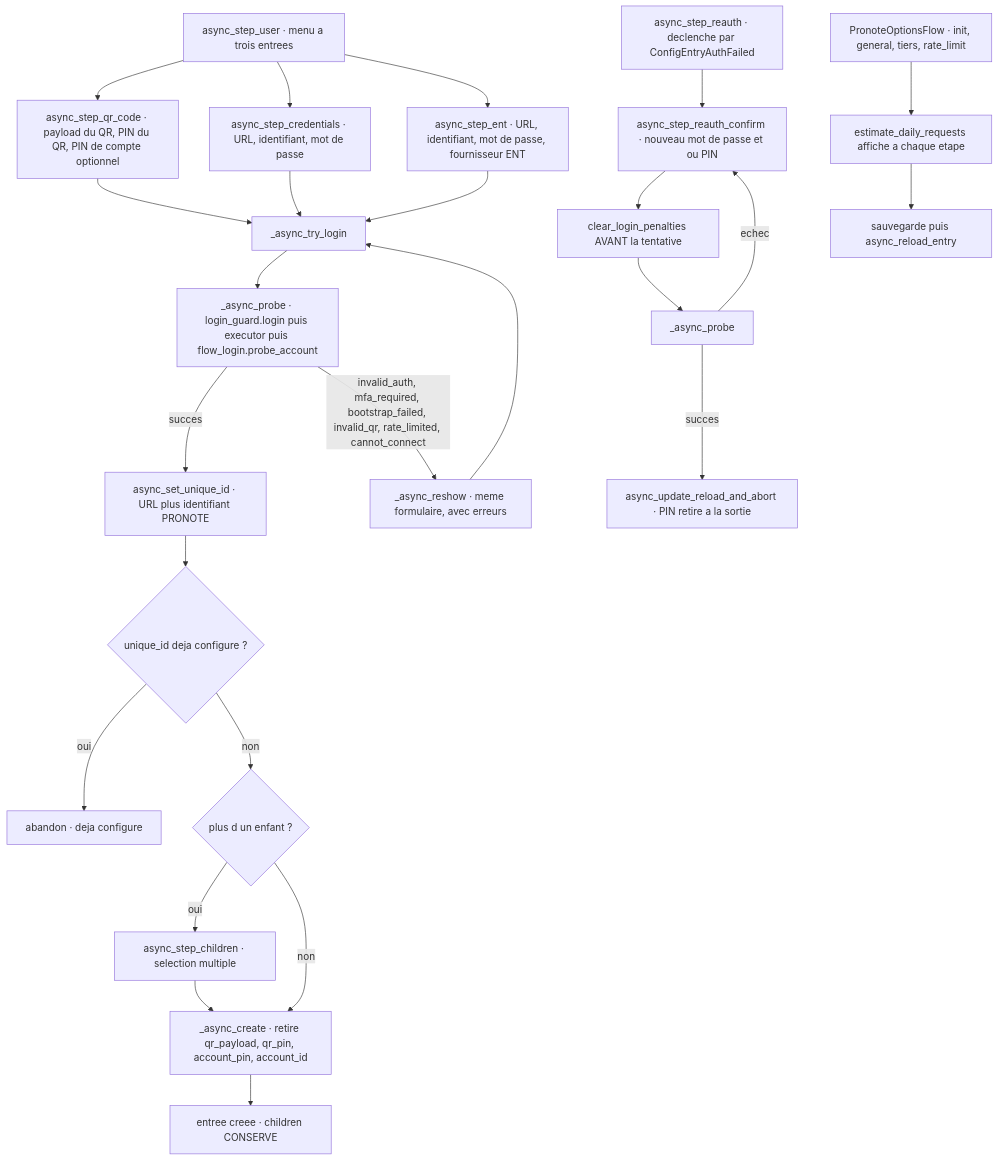
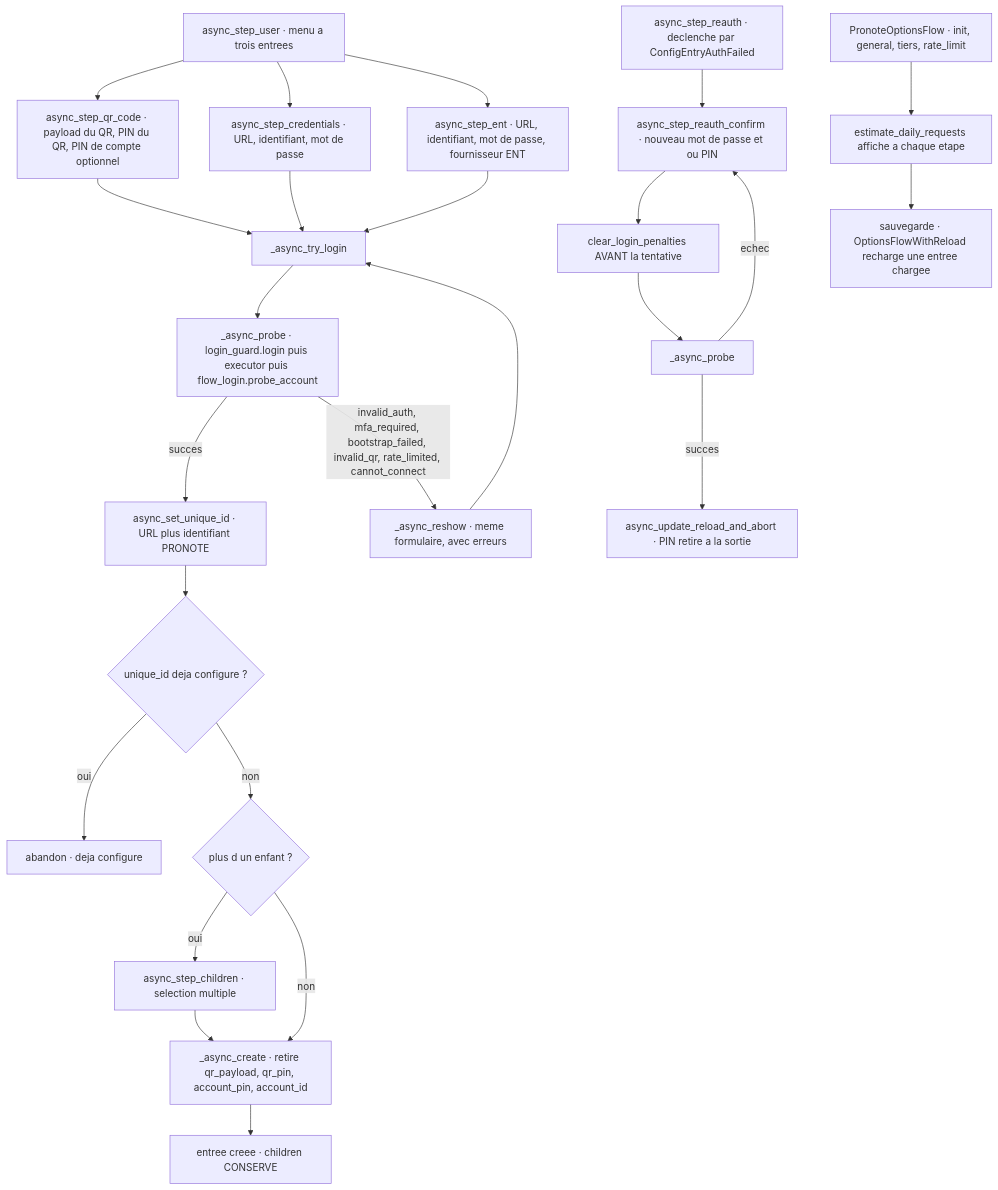
Before and after one commit to FiveElements/ha-carnet-scolaire: the sixth of 6 diagrams in docs/ARCHITECTURE.md, drawn with Mermaid. The commit also changed other lines of this file and 5 other files, not shown here.

````diff
--- a/docs/ARCHITECTURE.md
+++ b/docs/ARCHITECTURE.md
@@ -1751,39 +1759,39 @@
 ```mermaid
 flowchart TD
   START["async_step_user · menu a trois entrees"]
 
   START --> QR["async_step_qr_code · payload du QR, PIN du QR, PIN de compte optionnel"]
   START --> CRED["async_step_credentials · URL, identifiant, mot de passe"]
   START --> ENT["async_step_ent · URL, identifiant, mot de passe, fournisseur ENT"]
 
   QR --> TRY["_async_try_login"]
   CRED --> TRY
   ENT --> TRY
 
   TRY --> PROBE["_async_probe · login_guard.login puis executor puis flow_login.probe_account"]
 
   PROBE -->|"succes"| UID["async_set_unique_id · URL plus identifiant PRONOTE"]
   PROBE -->|"invalid_auth, mfa_required, bootstrap_failed, invalid_qr, rate_limited, cannot_connect"| RESHOW["_async_reshow · meme formulaire, avec erreurs"]
   RESHOW --> TRY
 
   UID --> ABORT{"unique_id deja configure ?"}
   ABORT -->|"oui"| STOP["abandon · deja configure"]
   ABORT -->|"non"| MULTI{"plus d un enfant ?"}
 
   MULTI -->|"oui"| KIDS["async_step_children · selection multiple"]
   MULTI -->|"non"| CREATE
   KIDS --> CREATE["_async_create · retire qr_payload, qr_pin, account_pin, account_id"]
 
   CREATE --> ENTRY["entree creee · children CONSERVE"]
 
   RA["async_step_reauth · declenche par ConfigEntryAuthFailed"]
   RA --> RAC["async_step_reauth_confirm · nouveau mot de passe et ou PIN"]
   RAC --> CLEAR["clear_login_penalties AVANT la tentative"]
   CLEAR --> PROBE2["_async_probe"]
   PROBE2 -->|"succes"| UPD["async_update_reload_and_abort · PIN retire a la sortie"]
   PROBE2 -->|"echec"| RAC
 
   OPTS["PronoteOptionsFlow · init, general, tiers, rate_limit"]
   OPTS --> EST["estimate_daily_requests affiche a chaque etape"]
-  EST --> RELOAD["sauvegarde puis async_reload_entry"]
+  EST --> RELOAD["sauvegarde · OptionsFlowWithReload recharge une entree chargee"]
 ```
````
